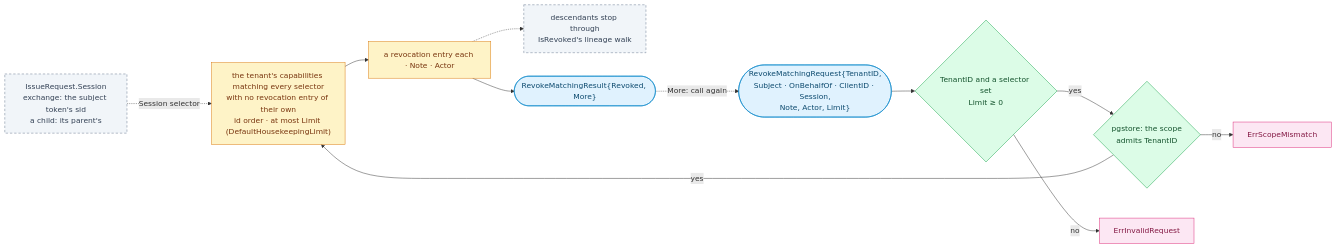
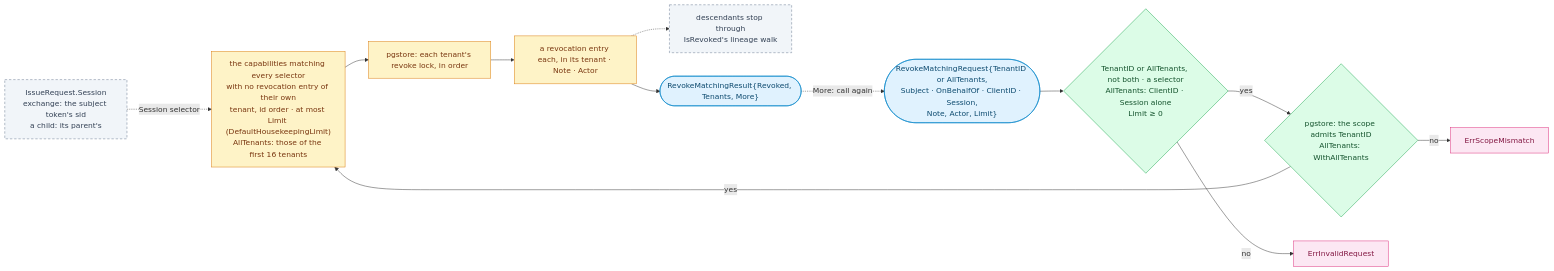
Diagram 13 of 16 in docs/diagrams.md (oleg-tkachuk/limes), drawn with Mermaid before and after one commit. The commit also changed other lines of this file and 4 other files, not shown here.

Commit message:
docs: revoking a client in every tenant

````diff
--- a/docs/diagrams.md
+++ b/docs/diagrams.md
@@ -1041,31 +1042,32 @@
 ```mermaid
 flowchart LR
     sess["IssueRequest.Session<br/>exchange: the subject token's sid<br/>a child: its parent's"]
-    req(["RevokeMatchingRequest{TenantID,<br/>Subject · OnBehalfOf · ClientID · Session,<br/>Note, Actor, Limit}"])
-    val{"TenantID and a selector set<br/>Limit ≥ 0"}
-    scope{"pgstore: the scope<br/>admits TenantID"}
-    sel["the tenant's capabilities matching every selector<br/>with no revocation entry of their own<br/>id order · at most Limit (DefaultHousekeepingLimit)"]
-    write["a revocation entry each · Note · Actor"]
+    req(["RevokeMatchingRequest{TenantID or AllTenants,<br/>Subject · OnBehalfOf · ClientID · Session,<br/>Note, Actor, Limit}"])
+    val{"TenantID or AllTenants, not both · a selector<br/>AllTenants: ClientID · Session alone<br/>Limit ≥ 0"}
+    scope{"pgstore: the scope admits TenantID<br/>AllTenants: WithAllTenants"}
+    sel["the capabilities matching every selector<br/>with no revocation entry of their own<br/>tenant, id order · at most Limit (DefaultHousekeepingLimit)<br/>AllTenants: those of the first 16 tenants"]
+    lock["pgstore: each tenant's revoke lock, in order"]
+    write["a revocation entry each, in its tenant · Note · Actor"]
     desc["descendants stop through<br/>IsRevoked's lineage walk"]
-    res(["RevokeMatchingResult{Revoked, More}"])
+    res(["RevokeMatchingResult{Revoked, Tenants, More}"])
     inval["ErrInvalidRequest"]
     mism["ErrScopeMismatch"]
 
-    req --> val -- yes --> scope -- yes --> sel --> write --> res
+    req --> val -- yes --> scope -- yes --> sel --> lock --> write --> res
     sess -. "Session selector" .-> sel
     write -.-> desc
     res -. "More: call again" .-> req
     val -- no --> inval
     scope -- no --> mism
 
     classDef client fill:#E0F2FE,stroke:#0284C7,color:#0C4A6E
     classDef role fill:#DCFCE7,stroke:#16A34A,color:#14532D
     classDef optional fill:#F1F5F9,stroke:#64748B,color:#334155,stroke-dasharray:5 4
     classDef store fill:#FEF3C7,stroke:#D97706,color:#78350F
     classDef external fill:#FCE7F3,stroke:#DB2777,color:#831843
     class req,res client
     class val,scope role
     class sess,desc optional
-    class sel,write store
+    class sel,lock,write store
     class inval,mism external
 ```
````
